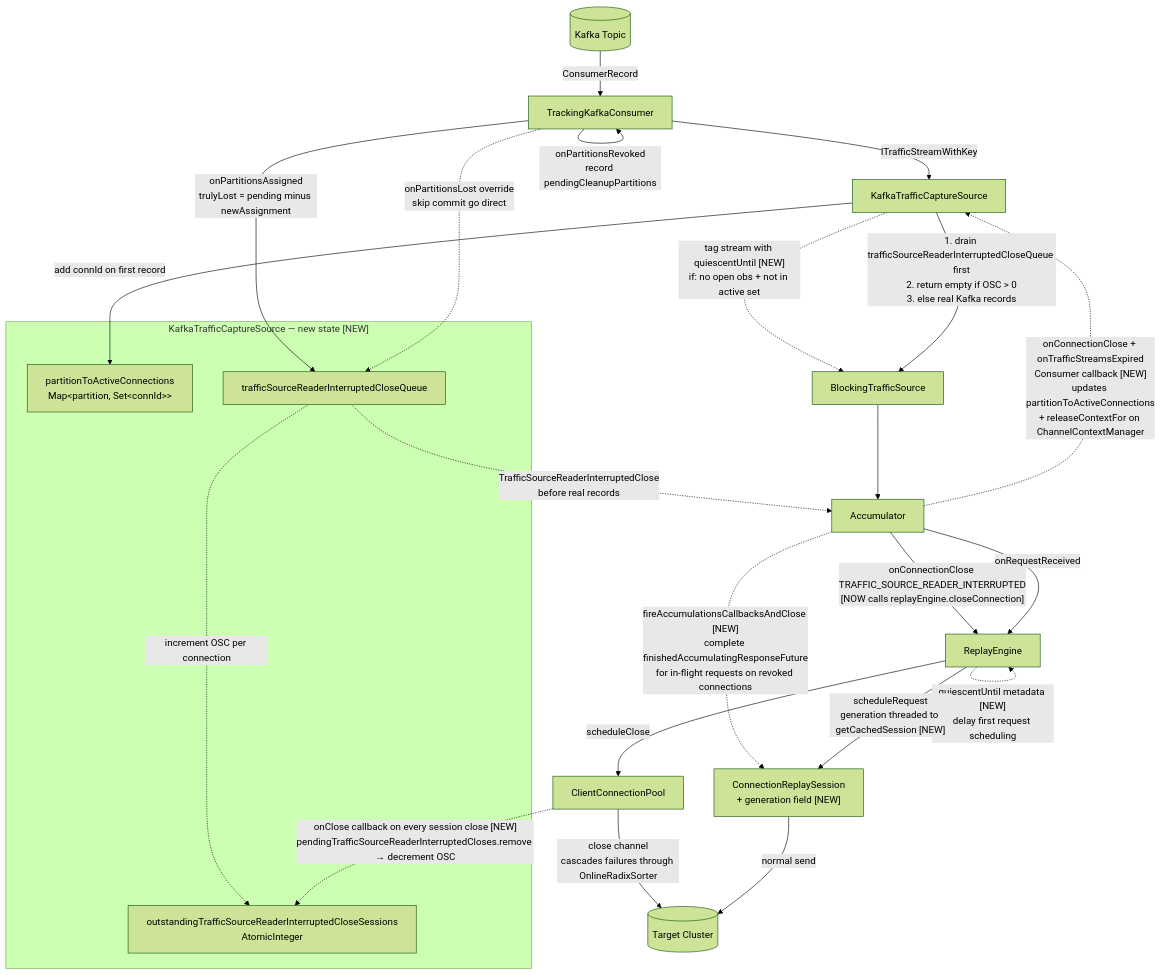
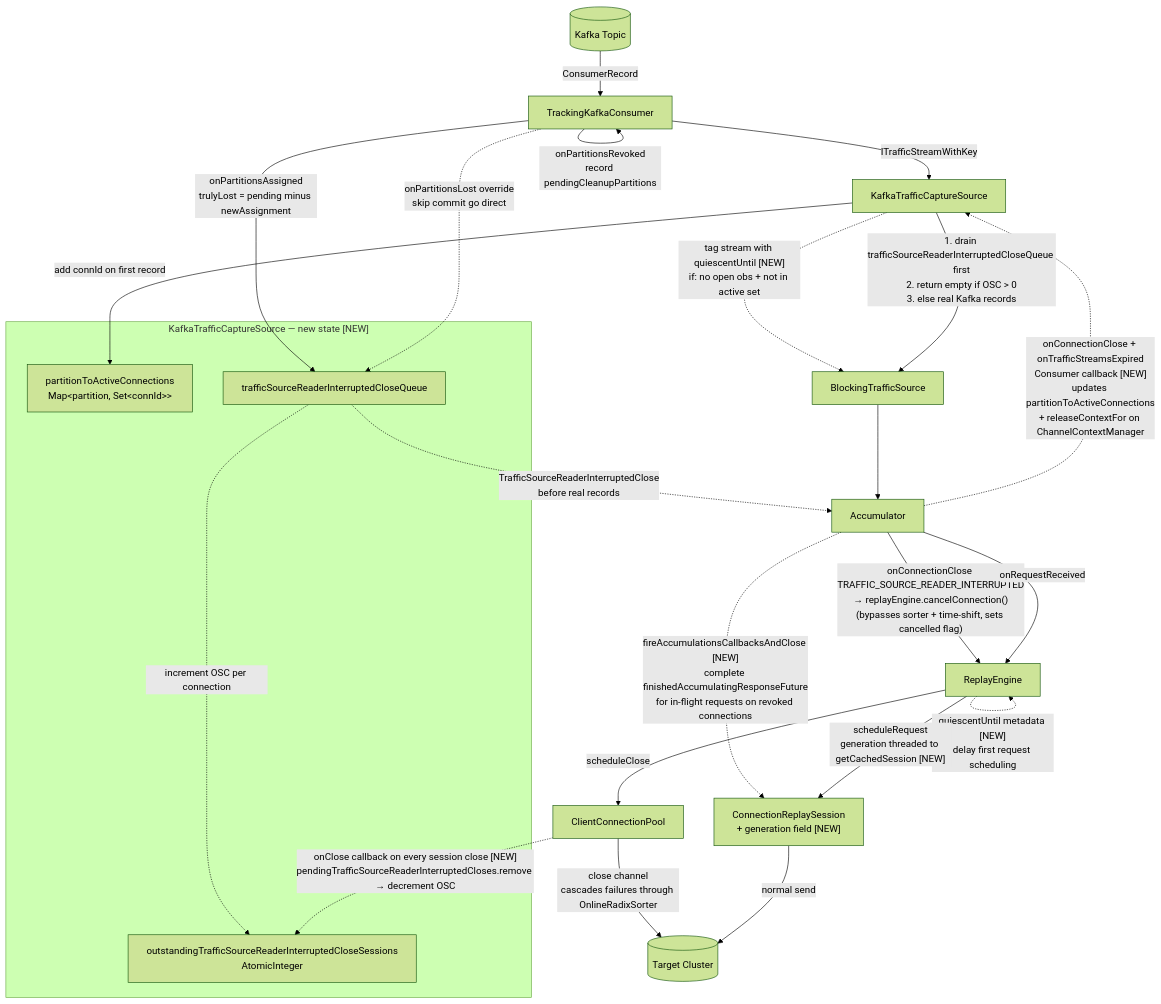
One commit to opensearch-project/opensearch-migrations changed the third of 4 diagrams in docs/replayerArchitecture.md. Above: the diagram before and after it, drawn with Mermaid (forest theme). The commit also changed other lines of this file and 6 other files, not shown here.

First line of the commit message:
When an interrupted close comes through from the connection's source partition being reassigned away/lost, kill the connection to the target...

````diff
--- a/docs/replayerArchitecture.md
+++ b/docs/replayerArchitecture.md
@@ -155,45 +155,45 @@
 ```mermaid
 flowchart TD
     Kafka[(Kafka Topic)]
     KCS[KafkaTrafficCaptureSource]
     TKC[TrackingKafkaConsumer]
     BTS[BlockingTrafficSource]
     ACC[Accumulator]
     RE[ReplayEngine]
     CCP[ClientConnectionPool]
     CRS["ConnectionReplaySession\n+ generation field [NEW]"]
     Target[(Target Cluster)]
 
     subgraph planned_source["KafkaTrafficCaptureSource — new state [NEW]"]
         PAC["partitionToActiveConnections\nMap&lt;partition, Set&lt;connId&gt;&gt;"]
         SQ["trafficSourceReaderInterruptedCloseQueue"]
         OSC["outstandingTrafficSourceReaderInterruptedCloseSessions\nAtomicInteger"]
     end
 
     Kafka -->|ConsumerRecord| TKC
     TKC -->|ITrafficStreamWithKey| KCS
     KCS -->|add connId on first record| PAC
     KCS -.->|"tag stream with quiescentUntil [NEW]\nif: no open obs + not in active set"| BTS
     KCS -->|"1. drain trafficSourceReaderInterruptedCloseQueue first\n2. return empty if OSC > 0\n3. else real Kafka records"| BTS
     BTS --> ACC
 
     TKC -->|onPartitionsRevoked\nrecord pendingCleanupPartitions| TKC
     TKC -->|onPartitionsAssigned\ntrulyLost = pending minus newAssignment| SQ
     TKC -.->|onPartitionsLost override\nskip commit go direct| SQ
     SQ -.->|increment OSC per connection| OSC
 
     SQ -.->|TrafficSourceReaderInterruptedClose\nbefore real records| ACC
 
     ACC -.->|"fireAccumulationsCallbacksAndClose [NEW]\ncomplete finishedAccumulatingResponseFuture\nfor in-flight requests on revoked connections"| CRS
     ACC -.->|"onConnectionClose + onTrafficStreamsExpired\nConsumer callback [NEW]\nupdates partitionToActiveConnections\n+ releaseContextFor on ChannelContextManager"| KCS
 
-    ACC -->|"onConnectionClose TRAFFIC_SOURCE_READER_INTERRUPTED\n[NOW calls replayEngine.closeConnection]"| RE
+    ACC -->|"onConnectionClose TRAFFIC_SOURCE_READER_INTERRUPTED\n→ replayEngine.cancelConnection()\n(bypasses sorter + time-shift, sets cancelled flag)"| RE
     RE -->|scheduleClose| CCP
     CCP -->|"close channel\ncascades failures through OnlineRadixSorter"| Target
     CCP -.->|"onClose callback on every session close [NEW]\npendingTrafficSourceReaderInterruptedCloses.remove → decrement OSC"| OSC
 
     ACC -->|onRequestReceived| RE
     RE -.->|"quiescentUntil metadata [NEW]\ndelay first request scheduling"| RE
     RE -->|"scheduleRequest\ngeneration threaded to getCachedSession [NEW]"| CRS
     CRS -->|normal send| Target
 ```
````
